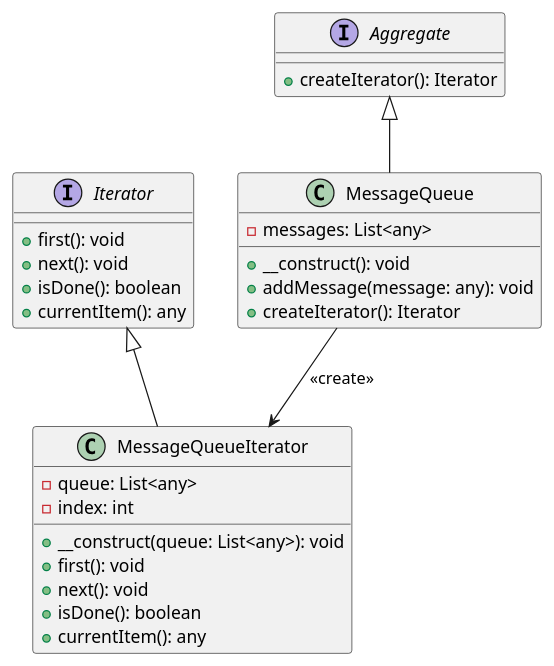
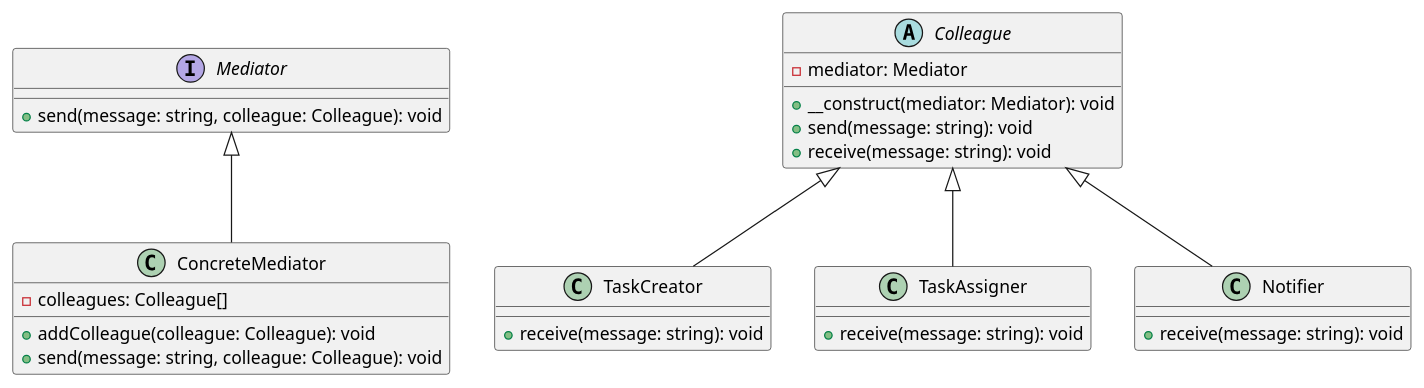
Before and after one commit to andrewovchinnikov/design-patterns: the diagram in klassifikaciya-patternov/povedencheskie-patterny-behavioral-patterns/posrednik-mediator/primery/vzaimodeistvie-komponentov-v-task-trekere/php.md, drawn with PlantUML. The commit also changed other lines of this file and 60 other files, not shown here.

````diff
--- a/klassifikaciya-patternov/povedencheskie-patterny-behavioral-patterns/posrednik-mediator/primery/vzaimodeistvie-komponentov-v-task-trekere/php.md
+++ b/klassifikaciya-patternov/povedencheskie-patterny-behavioral-patterns/posrednik-mediator/primery/vzaimodeistvie-komponentov-v-task-trekere/php.md
@@ -117,37 +126,39 @@
 ```plantuml
 @startuml
 
-interface Iterator {
-    +first(): void
-    +next(): void
-    +isDone(): boolean
-    +currentItem(): any
+interface Mediator {
+    +send(message: string, colleague: Colleague): void
 }
 
-class MessageQueueIterator {
-    -queue: List<any>
-    -index: int
-    +__construct(queue: List<any>): void
-    +first(): void
-    +next(): void
-    +isDone(): boolean
-    +currentItem(): any
+abstract class Colleague {
+    -mediator: Mediator
+    +__construct(mediator: Mediator): void
+    +send(message: string): void
+    +receive(message: string): void
 }
 
-interface Aggregate {
-    +createIterator(): Iterator
+class ConcreteMediator {
+    -colleagues: Colleague[]
+    +addColleague(colleague: Colleague): void
+    +send(message: string, colleague: Colleague): void
 }
 
-class MessageQueue {
-    -messages: List<any>
-    +__construct(): void
-    +addMessage(message: any): void
-    +createIterator(): Iterator
+class TaskCreator {
+    +receive(message: string): void
 }
 
-Iterator <|-- MessageQueueIterator
-Aggregate <|-- MessageQueue
-MessageQueue --> MessageQueueIterator: <<create>>
+class TaskAssigner {
+    +receive(message: string): void
+}
+
+class Notifier {
+    +receive(message: string): void
+}
+
+Mediator <|-- ConcreteMediator
+Colleague <|-- TaskCreator
+Colleague <|-- TaskAssigner
+Colleague <|-- Notifier
 
 @enduml
 ```
````
